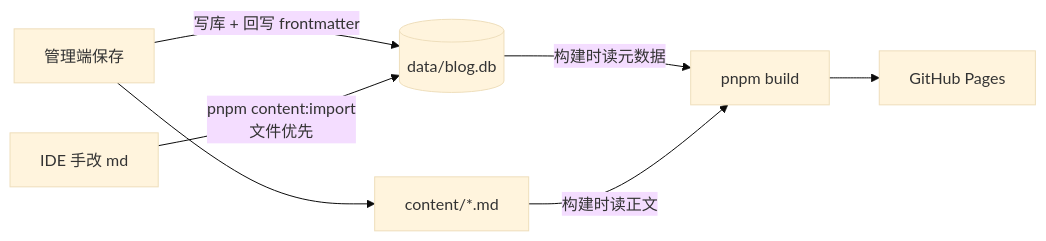
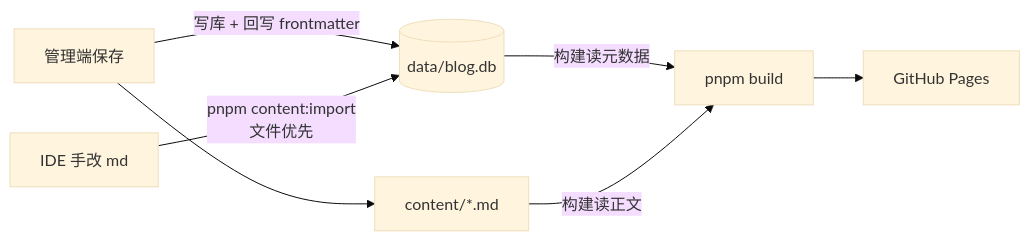
One commit to Lee-NG915/cBlog changed the first of 3 diagrams in CONTENT_GUIDE.md. Above: the diagram before and after it, drawn with Mermaid (base theme). The commit also changed other lines of this file and 4 other files, not shown here.

````diff
--- a/CONTENT_GUIDE.md
+++ b/CONTENT_GUIDE.md
@@ -9,9 +13,9 @@
 ```mermaid
 flowchart LR
-    A[管理端保存] -->|写库 + 回写 frontmatter| DB[(data/blog.db)]
-    A --> MD[content/*.md]
-    E[IDE 手改 md] -->|pnpm content:import<br/>文件优先| DB
-    DB -->|构建时读元数据| W[pnpm build]
-    MD -->|构建时读正文| W
-    W --> P[GitHub Pages]
+  A[管理端保存] -->|写库 + 回写 frontmatter| DB[(data/blog.db)]
+  A --> MD[content/*.md]
+  E[IDE 手改 md] -->|pnpm content:import<br/>文件优先| DB
+  DB -->|构建读元数据| W[pnpm build]
+  MD -->|构建读正文| W
+  W --> P[GitHub Pages]
 ```
````
